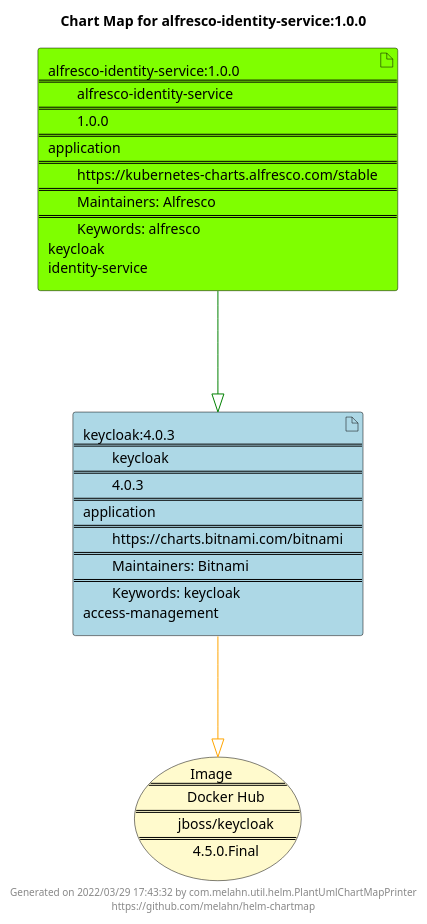
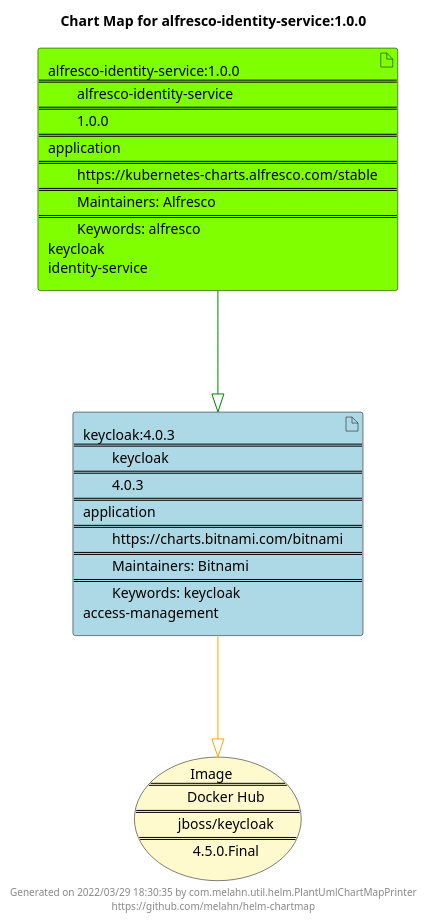
The diagram in docs/alfresco-identity-service/alfresco-identity-service-1.0.0.puml (melahn/helm-chartmap), drawn with PlantUML before and after one commit. The commit also changed 51 other files, not shown here.

Commit message:
Update Example Chart Maps as part of GitHub build

```diff
--- a/docs/alfresco-identity-service/alfresco-identity-service-1.0.0.puml
+++ b/docs/alfresco-identity-service/alfresco-identity-service-1.0.0.puml
@@ -1,23 +1,23 @@
 @startuml
 skinparam linetype ortho
 skinparam backgroundColor white
 skinparam usecaseBorderColor black
 skinparam usecaseArrowColor LightSlateGray
 skinparam artifactBorderColor black
 skinparam artifactArrowColor LightSlateGray
 
 title Chart Map for alfresco-identity-service:1.0.0
 
 'There are 2 referenced Helm Charts
 artifact "keycloak:4.0.3\n====\n\tkeycloak\n====\n\t4.0.3\n====\napplication\n====\n\thttps://charts.bitnami.com/bitnami\n====\n\tMaintainers: Bitnami\n====\n\tKeywords: keycloak\naccess-management" as keycloak_4_0_3 #LightBlue
 artifact "alfresco-identity-service:1.0.0\n====\n\talfresco-identity-service\n====\n\t1.0.0\n====\napplication\n====\n\thttps://kubernetes-charts.alfresco.com/stable\n====\n\tMaintainers: Alfresco\n====\n\tKeywords: alfresco\nkeycloak\nidentity-service" as alfresco_identity_service_1_0_0 #Chartreuse
 
 'There is one referenced Docker Image
 usecase "Image\n====\n\tDocker Hub\n====\n\tjboss/keycloak\n====\n\t4.5.0.Final" as jboss_keycloak_4_5_0_Final #LemonChiffon
 
 'Chart Dependencies
 alfresco_identity_service_1_0_0--[#green]-|>keycloak_4_0_3
 keycloak_4_0_3--[#orange]-|>jboss_keycloak_4_5_0_Final
 
-center footer Generated on 2022/03/29 17:43:32 by com.melahn.util.helm.PlantUmlChartMapPrinter\nhttps://github.com/melahn/helm-chartmap
+center footer Generated on 2022/03/29 18:30:35 by com.melahn.util.helm.PlantUmlChartMapPrinter\nhttps://github.com/melahn/helm-chartmap
 @enduml
```
